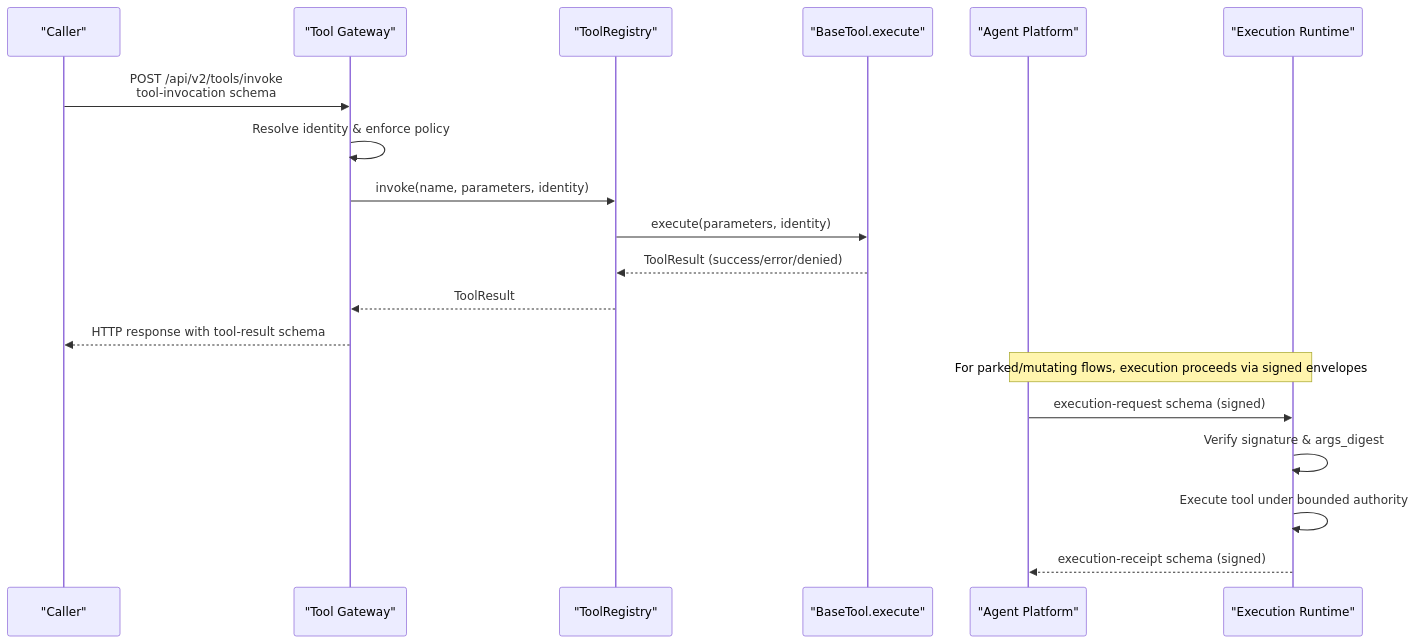
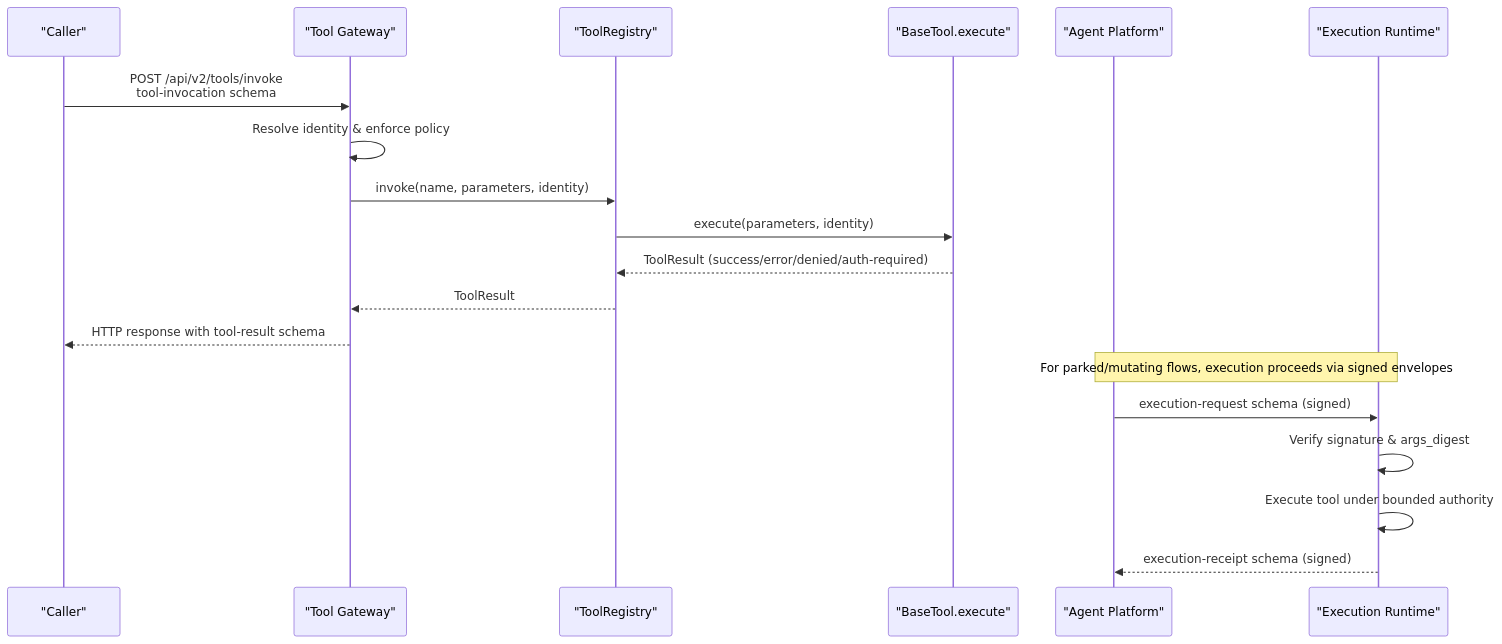
One commit to metasync/luban-aiops changed the second of 6 diagrams in .qoder/repowiki/en/content/Shared Contracts/API Schemas/Tool Execution Schemas.md. Above: the diagram before and after it, drawn with Mermaid. The commit also changed other lines of this file and 215 other files, not shown here.

````diff
--- a/.qoder/repowiki/en/content/Shared Contracts/API Schemas/Tool Execution Schemas.md
+++ b/.qoder/repowiki/en/content/Shared Contracts/API Schemas/Tool Execution Schemas.md
@@ -114,21 +135,21 @@
 ```mermaid
 sequenceDiagram
 participant Client as "Caller"
 participant Gateway as "Tool Gateway"
 participant Registry as "ToolRegistry"
 participant Tool as "BaseTool.execute"
 participant Agent as "Agent Platform"
 participant Worker as "Execution Runtime"
 Client->>Gateway : POST /api/v2/tools/invoke<br/>tool-invocation schema
 Gateway->>Gateway : Resolve identity & enforce policy
 Gateway->>Registry : invoke(name, parameters, identity)
 Registry->>Tool : execute(parameters, identity)
-Tool-->>Registry : ToolResult (success/error/denied)
+Tool-->>Registry : ToolResult (success/error/denied/auth-required)
 Registry-->>Gateway : ToolResult
 Gateway-->>Client : HTTP response with tool-result schema
 Note over Agent,Worker : For parked/mutating flows, execution proceeds via signed envelopes
 Agent->>Worker : execution-request schema (signed)
 Worker->>Worker : Verify signature & args_digest
 Worker->>Worker : Execute tool under bounded authority
 Worker-->>Agent : execution-receipt schema (signed)
 ```
````
